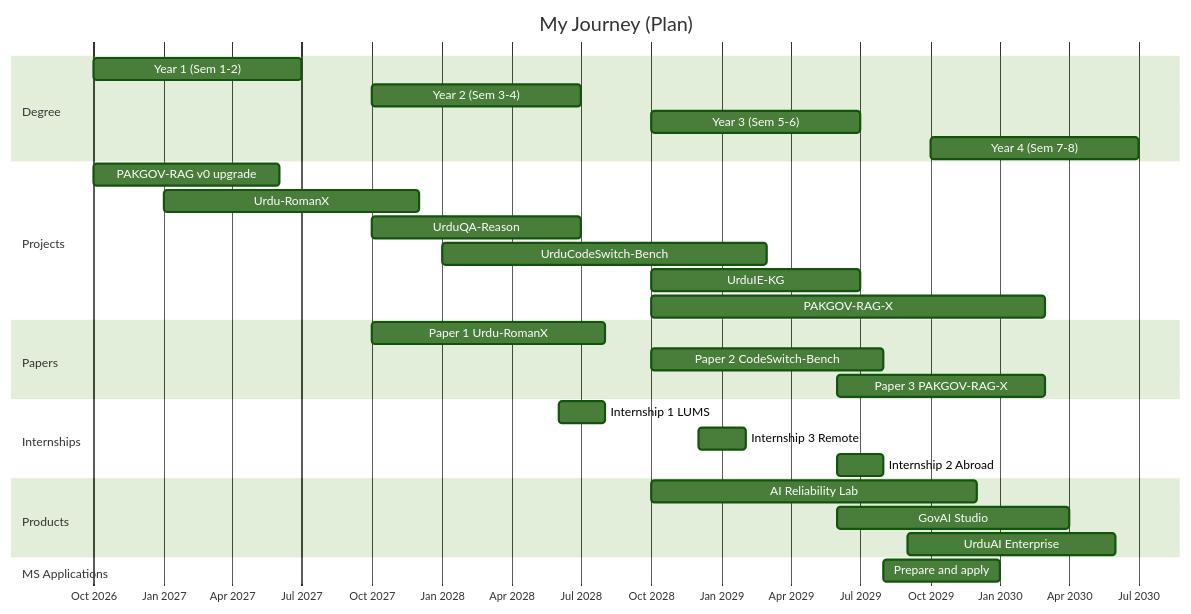
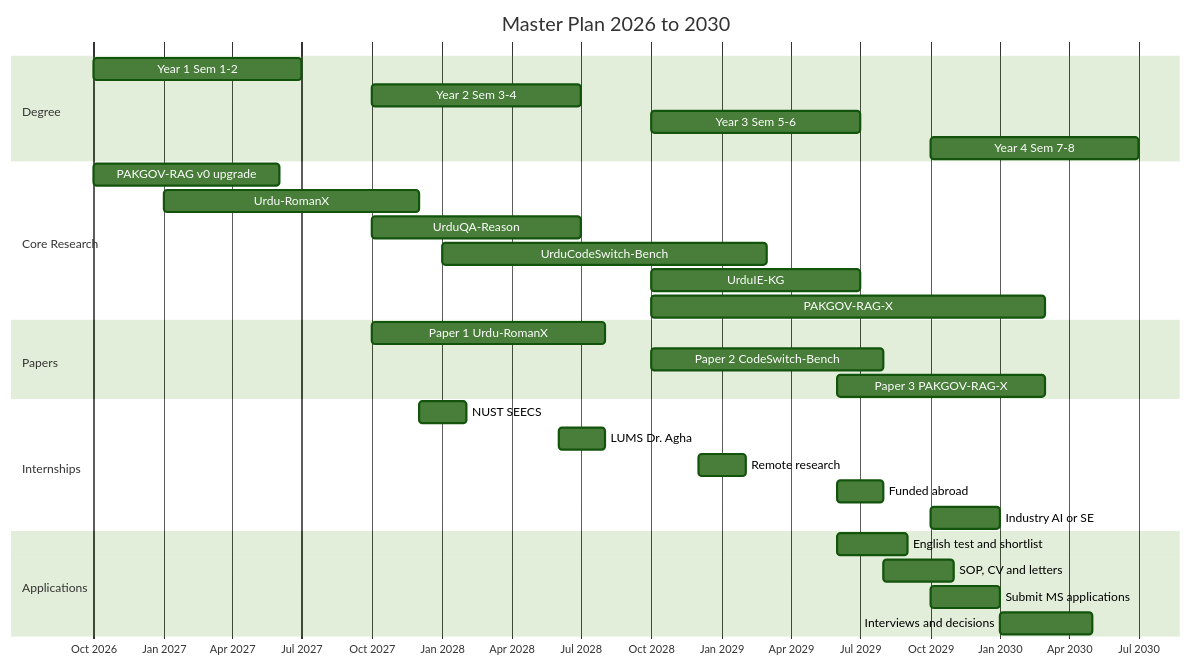
Before and after one commit to salikhussain71-code/salikhussain71-code: the second of 8 diagrams in README.md, drawn with Mermaid (forest theme). The commit also changed other lines of this file, not shown here.

````diff
--- a/README.md
+++ b/README.md
@@ -145,32 +141,33 @@
 ```mermaid
 gantt
-    title My Journey (Plan)
+    title Master Plan 2026 to 2030
     dateFormat YYYY-MM
     axisFormat %b %Y
     section Degree
-    Year 1 (Sem 1-2)             :2026-10, 2027-07
-    Year 2 (Sem 3-4)             :2027-10, 2028-07
-    Year 3 (Sem 5-6)             :2028-10, 2029-07
-    Year 4 (Sem 7-8)             :2029-10, 2030-07
-    section Projects
-    PAKGOV-RAG v0 upgrade        :2026-10, 2027-06
-    Urdu-RomanX                  :2027-01, 2027-12
-    UrduQA-Reason                :2027-10, 2028-07
-    UrduCodeSwitch-Bench         :2028-01, 2029-03
-    UrduIE-KG                    :2028-10, 2029-07
-    PAKGOV-RAG-X                 :2028-10, 2030-03
+    Year 1 Sem 1-2                 :2026-10, 2027-07
+    Year 2 Sem 3-4                 :2027-10, 2028-07
+    Year 3 Sem 5-6                 :2028-10, 2029-07
+    Year 4 Sem 7-8                 :2029-10, 2030-07
+    section Core Research
+    PAKGOV-RAG v0 upgrade          :2026-10, 2027-06
+    Urdu-RomanX                    :2027-01, 2027-12
+    UrduQA-Reason                  :2027-10, 2028-07
+    UrduCodeSwitch-Bench           :2028-01, 2029-03
+    UrduIE-KG                      :2028-10, 2029-07
+    PAKGOV-RAG-X                   :2028-10, 2030-03
     section Papers
-    Paper 1 Urdu-RomanX          :2027-10, 2028-08
-    Paper 2 CodeSwitch-Bench     :2028-10, 2029-08
-    Paper 3 PAKGOV-RAG-X         :2029-06, 2030-03
+    Paper 1 Urdu-RomanX            :2027-10, 2028-08
+    Paper 2 CodeSwitch-Bench       :2028-10, 2029-08
+    Paper 3 PAKGOV-RAG-X           :2029-06, 2030-03
     section Internships
-    Internship 1 LUMS            :2028-06, 2028-08
-    Internship 3 Remote          :2028-12, 2029-02
-    Internship 2 Abroad          :2029-06, 2029-08
-    section Products
-    AI Reliability Lab           :2028-10, 2029-12
-    GovAI Studio                 :2029-06, 2030-04
-    UrduAI Enterprise            :2029-09, 2030-06
-    section MS Applications
-    Prepare and apply            :2029-08, 2030-01
+    NUST SEECS                     :2027-12, 2028-02
+    LUMS Dr. Agha                  :2028-06, 2028-08
+    Remote research                :2028-12, 2029-02
+    Funded abroad                  :2029-06, 2029-08
+    Industry AI or SE              :2029-10, 2030-01
+    section Applications
+    English test and shortlist     :2029-06, 2029-09
+    SOP, CV and letters            :2029-08, 2029-11
+    Submit MS applications         :2029-10, 2030-01
+    Interviews and decisions       :2030-01, 2030-05
 ```
````
